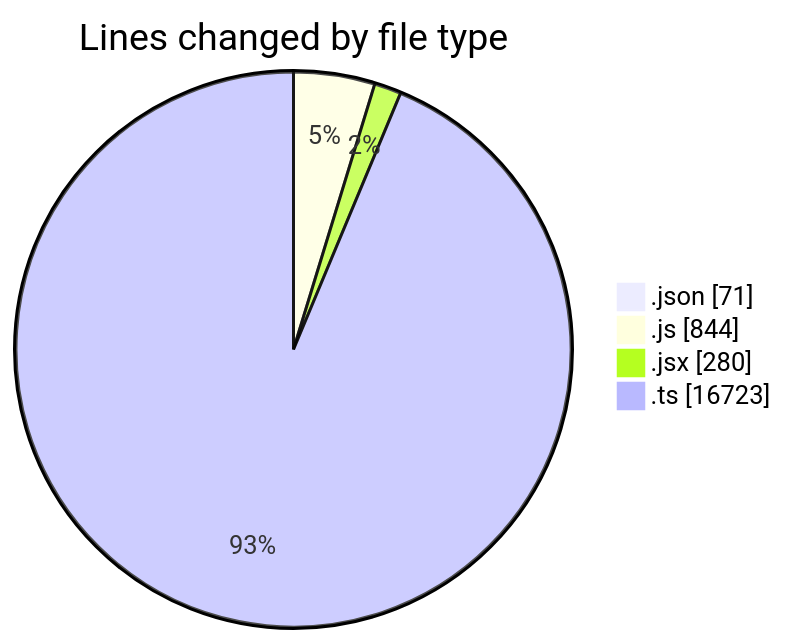
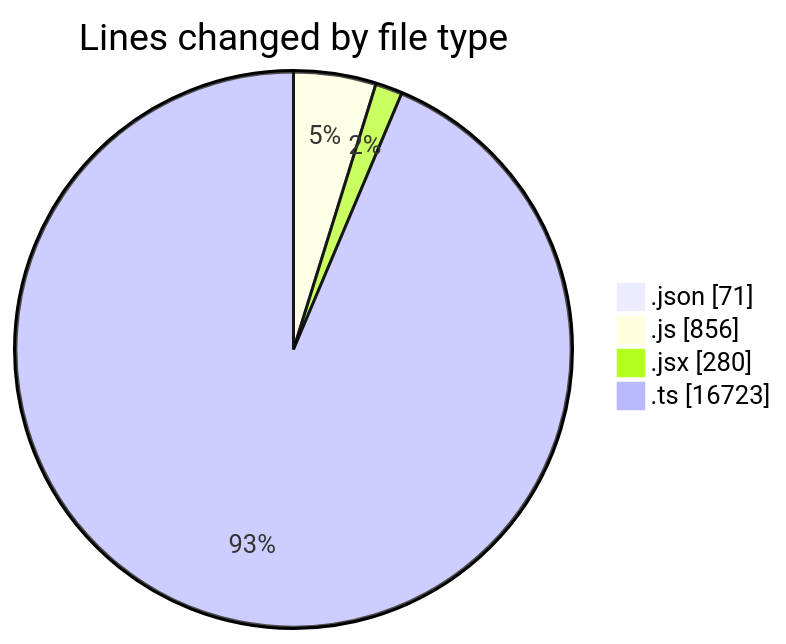
Before and after one commit to momahboobian/code-tracking: the first of 2 diagrams in 2025-05-13/cda/README.md, drawn with Mermaid. The commit also changed other lines of this file and 1 other file, not shown here.

````diff
--- a/2025-05-13/cda/README.md
+++ b/2025-05-13/cda/README.md
@@ -30,8 +31,8 @@
 ```mermaid
 pie showData
 title Lines changed by file type
 ".json" : 71
-".js" : 844
+".js" : 856
 ".jsx" : 280
 ".ts" : 16723
 ```
````
